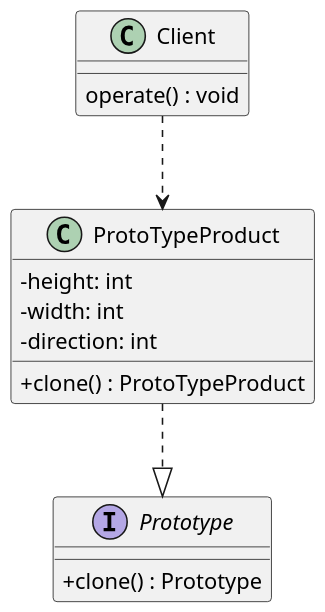
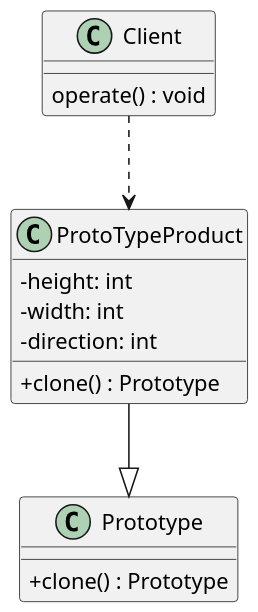
The diagram in uml/Prototype.puml (weigangs/designPatternsLearn), drawn with PlantUML before and after one commit. The commit also changed 4 other files, not shown here.

```diff
--- a/uml/Prototype.puml
+++ b/uml/Prototype.puml
@@ -1,28 +1,28 @@
 @startuml
 
 skinparam classAttributeIconSize 0
 skinparam linetype ortho
 skinparam defaultTextAlignment center
 skinparam dpi 150
 ' up to down direction
 
-interface Prototype {
+class Prototype {
     + clone() : Prototype
 }
 
 class ProtoTypeProduct  {
      - height: int
      - width: int
      - direction: int
-     + clone() : ProtoTypeProduct
+     + clone() : Prototype
 }
 
-ProtoTypeProduct ..|> Prototype
+ProtoTypeProduct --|> Prototype
 
 class Client {
      operate() : void
 }
 
 Client ..down> ProtoTypeProduct
 
 @enduml
```
